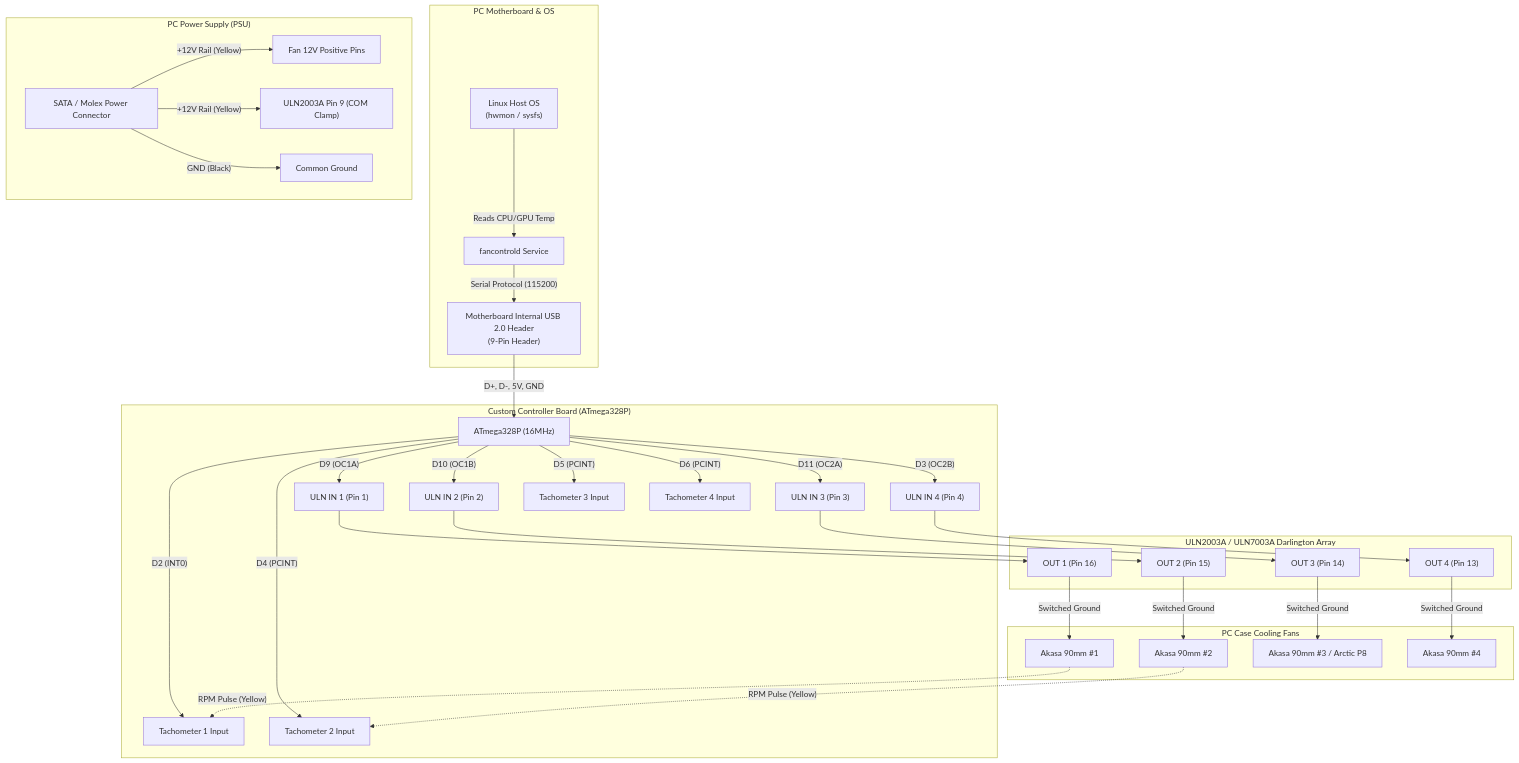
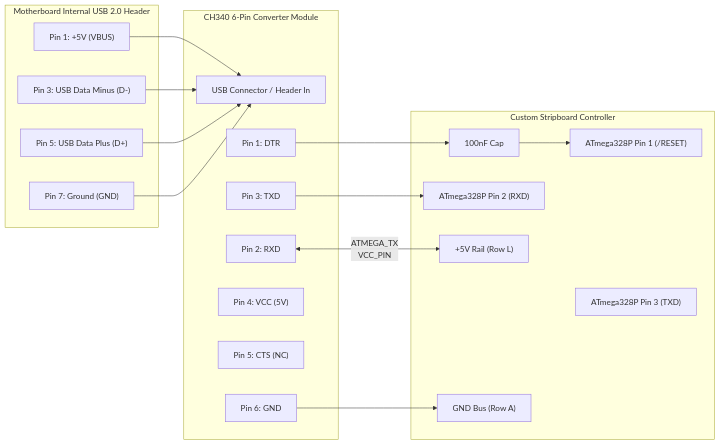
Before and after one commit to fredcwbr/fanControl: the diagram in docs/PC_CASE_WIRING.md, drawn with Mermaid. The commit also changed other lines of this file and 1 other file, not shown here.

Commit message:
Update stripboard and wiring docs for CH340 6-pin converter module

````diff
--- a/docs/PC_CASE_WIRING.md
+++ b/docs/PC_CASE_WIRING.md
@@ -9,44 +10,38 @@
 ```mermaid
-flowchart TD
-    subgraph PC_MOTHERBOARD ["PC Motherboard & OS"]
-        LINUX["Linux Host OS\n(hwmon / sysfs)"] -->|"Reads CPU/GPU Temp"| DAEMON["fancontrold Service"]
-        DAEMON -->|"Serial Protocol (115200)"| USB_PORT["Motherboard Internal USB 2.0 Header\n(9-Pin Header)"]
+flowchart LR
+    subgraph MOTHERBOARD ["Motherboard Internal USB 2.0 Header"]
+        MB_5V["Pin 1: +5V (VBUS)"]
+        MB_DM["Pin 3: USB Data Minus (D-)"]
+        MB_DP["Pin 5: USB Data Plus (D+)"]
+        MB_GND["Pin 7: Ground (GND)"]
     end
 
-    subgraph POWER ["PC Power Supply (PSU)"]
-        SATA_MOLEX["SATA / Molex Power Connector"]
-        SATA_MOLEX -->|"+12V Rail (Yellow)"| FANS_PWR["Fan 12V Positive Pins"]
-        SATA_MOLEX -->|"+12V Rail (Yellow)"| ULN_COM["ULN2003A Pin 9 (COM Clamp)"]
-        SATA_MOLEX -->|"GND (Black)"| COMMON_GND["Common Ground"]
+    subgraph CH340_MOD ["CH340 6-Pin Converter Module"]
+        USB_IN["USB Connector / Header In"]
+        DTR_PIN["Pin 1: DTR"]
+        RXD_PIN["Pin 2: RXD"]
+        TXD_PIN["Pin 3: TXD"]
+        VCC_PIN["Pin 4: VCC (5V)"]
+        CTS_PIN["Pin 5: CTS (NC)"]
+        GND_PIN["Pin 6: GND"]
     end
 
-    subgraph CONTROLLER ["Custom Controller Board (ATmega328P)"]
-        USB_PORT -->|"D+, D-, 5V, GND"| MCU["ATmega328P (16MHz)"]
-        MCU -->|"D9 (OC1A)"| ULN_IN1["ULN IN 1 (Pin 1)"]
-        MCU -->|"D10 (OC1B)"| ULN_IN2["ULN IN 2 (Pin 2)"]
-        MCU -->|"D11 (OC2A)"| ULN_IN3["ULN IN 3 (Pin 3)"]
-        MCU -->|"D3 (OC2B)"| ULN_IN4["ULN IN 4 (Pin 4)"]
-        
-        MCU -->|"D2 (INT0)"| TACH1["Tachometer 1 Input"]
-        MCU -->|"D4 (PCINT)"| TACH2["Tachometer 2 Input"]
-        MCU -->|"D5 (PCINT)"| TACH3["Tachometer 3 Input"]
-        MCU -->|"D6 (PCINT)"| TACH4["Tachometer 4 Input"]
+    subgraph STRIPBOARD ["Custom Stripboard Controller"]
+        CAP_DTR["100nF Cap"] --> ATMEGA_RST["ATmega328P Pin 1 (/RESET)"]
+        ATMEGA_TX["ATmega328P Pin 3 (TXD)"]
+        ATMEGA_RX["ATmega328P Pin 2 (RXD)"]
+        BOARD_5V["+5V Rail (Row L)"]
+        BOARD_GND["GND Bus (Row A)"]
     end
 
-    subgraph DRIVER ["ULN2003A / ULN7003A Darlington Array"]
-        ULN_IN1 --> ULN_OUT1["OUT 1 (Pin 16)"]
-        ULN_IN2 --> ULN_OUT2["OUT 2 (Pin 15)"]
-        ULN_IN3 --> ULN_OUT3["OUT 3 (Pin 14)"]
-        ULN_IN4 --> ULN_OUT4["OUT 4 (Pin 13)"]
-    end
+    MB_5V --> USB_IN
+    MB_DM --> USB_IN
+    MB_DP --> USB_IN
+    MB_GND --> USB_IN
 
-    subgraph FANS ["PC Case Cooling Fans"]
-        ULN_OUT1 -->|"Switched Ground"| FAN1["Akasa 90mm #1"]
-        ULN_OUT2 -->|"Switched Ground"| FAN2["Akasa 90mm #2"]
-        ULN_OUT3 -->|"Switched Ground"| FAN3["Akasa 90mm #3 / Arctic P8"]
-        ULN_OUT4 -->|"Switched Ground"| FAN4["Akasa 90mm #4"]
-
-        FAN1 -.->|"RPM Pulse (Yellow)"| TACH1
-        FAN2 -.->|"RPM Pulse (Yellow)"| TACH2
-    end
+    DTR_PIN --> CAP_DTR
+    TXD_PIN --> ATMEGA_RX
+    RXD_PIN <-- ATMEGA_TX
+    VCC_PIN --> BOARD_5V
+    GND_PIN --> BOARD_GND
 ```
````
